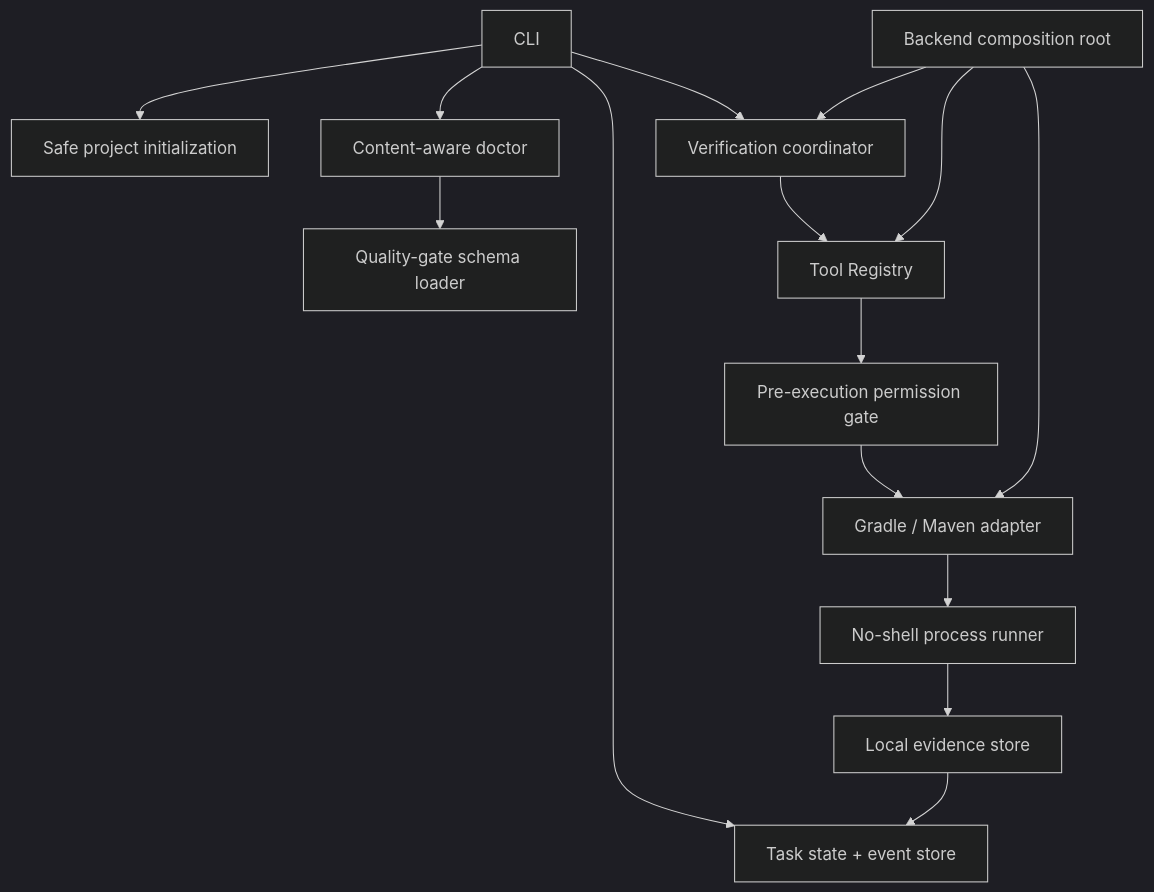
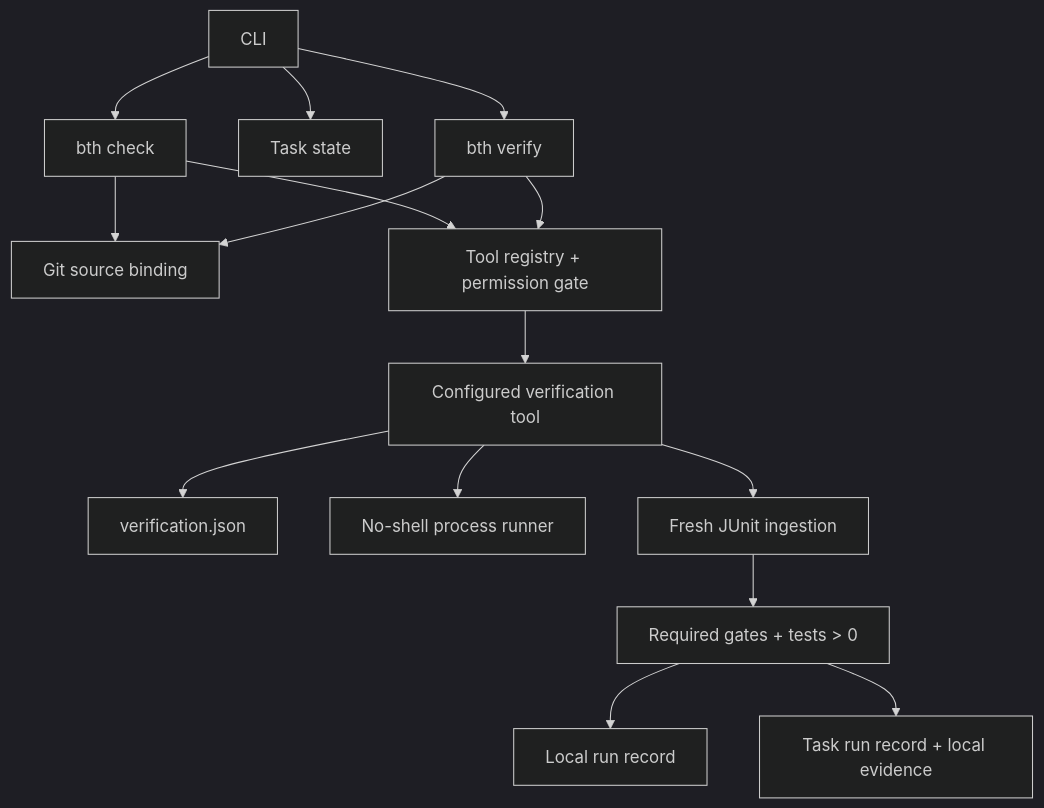
Before and after one commit to yeongwanho/backend-team-harness: the diagram in docs/ARCHITECTURE.md, drawn with Mermaid (dark theme). The commit also changed other lines of this file and 36 other files, not shown here.

Commit message:
feat: add source-bound verification runner

````diff
--- a/docs/ARCHITECTURE.md
+++ b/docs/ARCHITECTURE.md
@@ -11,19 +11,17 @@
 ```mermaid
 flowchart TB
-  CLI[CLI] --> Init[Safe project initialization]
-  CLI --> Doctor[Content-aware doctor]
-  CLI --> Task[Task state + event store]
-  CLI --> Verify[Verification coordinator]
-
-  Runtime[Backend composition root] --> Verify
-  Runtime --> Registry
-  Runtime --> Build
-  Verify --> Registry[Tool Registry]
-  Registry --> Gate[Pre-execution permission gate]
-  Gate --> Build[Gradle / Maven adapter]
-  Build --> Process[No-shell process runner]
-  Process --> Evidence[Local evidence store]
-  Evidence --> Task
-
-  Doctor --> GateConfig[Quality-gate schema loader]
+  CLI[CLI] --> Check[bth check]
+  CLI --> Task[Task state]
+  CLI --> Verify[bth verify]
+  Check --> Bind[Git source binding]
+  Verify --> Bind
+  Check --> Registry[Tool registry + permission gate]
+  Verify --> Registry
+  Registry --> Runner[Configured verification tool]
+  Runner --> Config[verification.json]
+  Runner --> Process[No-shell process runner]
+  Runner --> JUnit[Fresh JUnit ingestion]
+  JUnit --> Verdict[Required gates + tests > 0]
+  Verdict --> Local[Local run record]
+  Verdict --> Shared[Task run record + local evidence]
 ```
````
